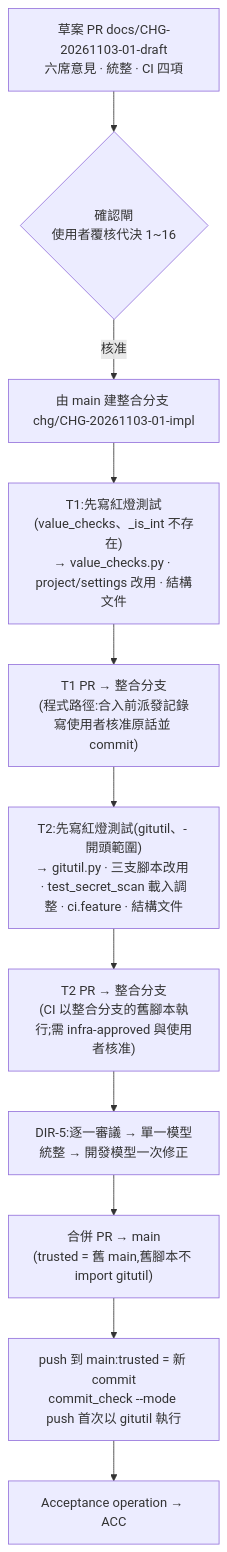
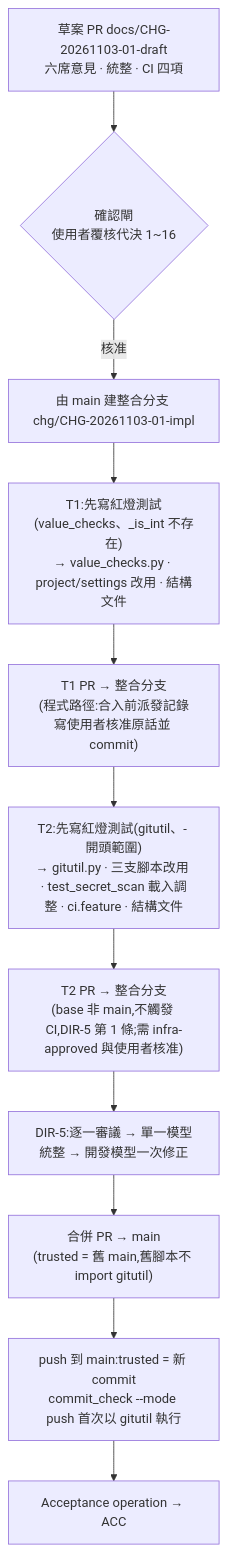
The second of 2 diagrams in docs/changes/CHG-20261103-01.md (kamira/podcast-studio), drawn with Mermaid before and after one commit. The commit also changed other lines of this file, not shown here.

````diff
--- a/docs/changes/CHG-20261103-01.md
+++ b/docs/changes/CHG-20261103-01.md
@@ -126,13 +126,13 @@
 ```mermaid
 flowchart TD
   A["草案 PR docs/CHG-20261103-01-draft<br/>六席意見 · 統整 · CI 四項"] --> B{"確認閘<br/>使用者覆核代決 1~16"}
   B -- 核准 --> C["由 main 建整合分支 chg/CHG-20261103-01-impl"]
   C --> D["T1:先寫紅燈測試(value_checks、_is_int 不存在)<br/>→ value_checks.py · project/settings 改用 · 結構文件"]
   D --> E["T1 PR → 整合分支<br/>(程式路徑:合入前派發記錄寫使用者核准原話並 commit)"]
   E --> F["T2:先寫紅燈測試(gitutil、- 開頭範圍)<br/>→ gitutil.py · 三支腳本改用 · test_secret_scan 載入調整 · ci.feature · 結構文件"]
-  F --> G["T2 PR → 整合分支<br/>(CI 以整合分支的舊腳本執行;需 infra-approved 與使用者核准)"]
+  F --> G["T2 PR → 整合分支<br/>(base 非 main,不觸發 CI,DIR-5 第 1 條;需 infra-approved 與使用者核准)"]
   G --> H["DIR-5:逐一審議 → 單一模型統整 → 開發模型一次修正"]
   H --> I["合併 PR → main<br/>(trusted = 舊 main,舊腳本不 import gitutil)"]
   I --> J["push 到 main:trusted = 新 commit<br/>commit_check --mode push 首次以 gitutil 執行"]
   J --> K["Acceptance operation → ACC"]
 ```
````
